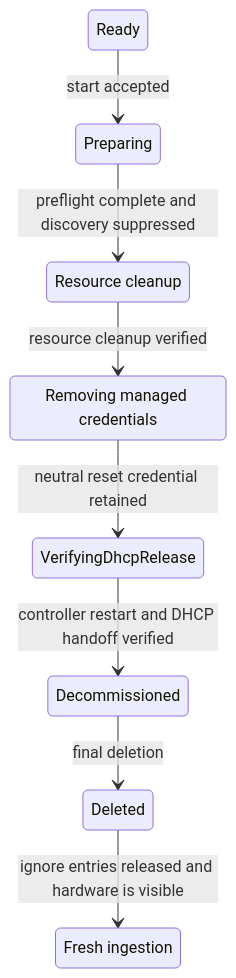
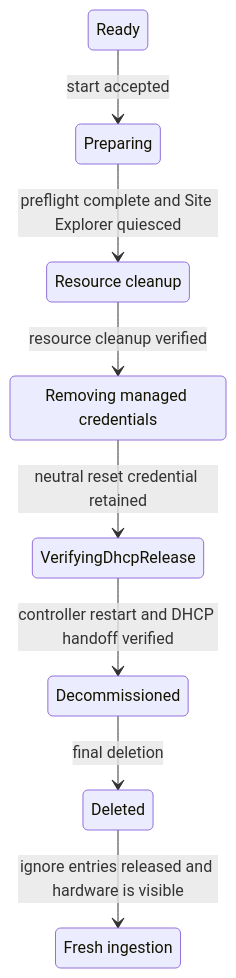
Before and after one commit to NVIDIA/bare-metal-manager-core: the first of 2 diagrams in docs/design/decommissioning/decommissioning-workflow.md, drawn with Mermaid. The commit also changed other lines of this file and 3 other files, not shown here.

Commit message:
add site_explorer_suppressed_at similar to dhcp_discover_suppressed_at

````diff
--- a/docs/design/decommissioning/decommissioning-workflow.md
+++ b/docs/design/decommissioning/decommissioning-workflow.md
@@ -69,19 +72,19 @@
 ```mermaid
 stateDiagram-v2
     state "Ready" as Ready
     state "Preparing" as Preparing
     state "Resource cleanup" as Cleanup
     state "Removing managed credentials" as RemovingCredentials
     state "VerifyingDhcpRelease" as VerifyingDhcpRelease
     state "Decommissioned" as Decommissioned
     state "Deleted" as Deleted
     state "Fresh ingestion" as FreshIngestion
 
     Ready --> Preparing : start accepted
-    Preparing --> Cleanup : preflight complete and discovery suppressed
+    Preparing --> Cleanup : preflight complete and Site Explorer quiesced
     Cleanup --> RemovingCredentials : resource cleanup verified
     RemovingCredentials --> VerifyingDhcpRelease : neutral reset credential retained
     VerifyingDhcpRelease --> Decommissioned : controller restart and DHCP handoff verified
     Decommissioned --> Deleted : final deletion
     Deleted --> FreshIngestion : ignore entries released and hardware is visible
 ```
````
